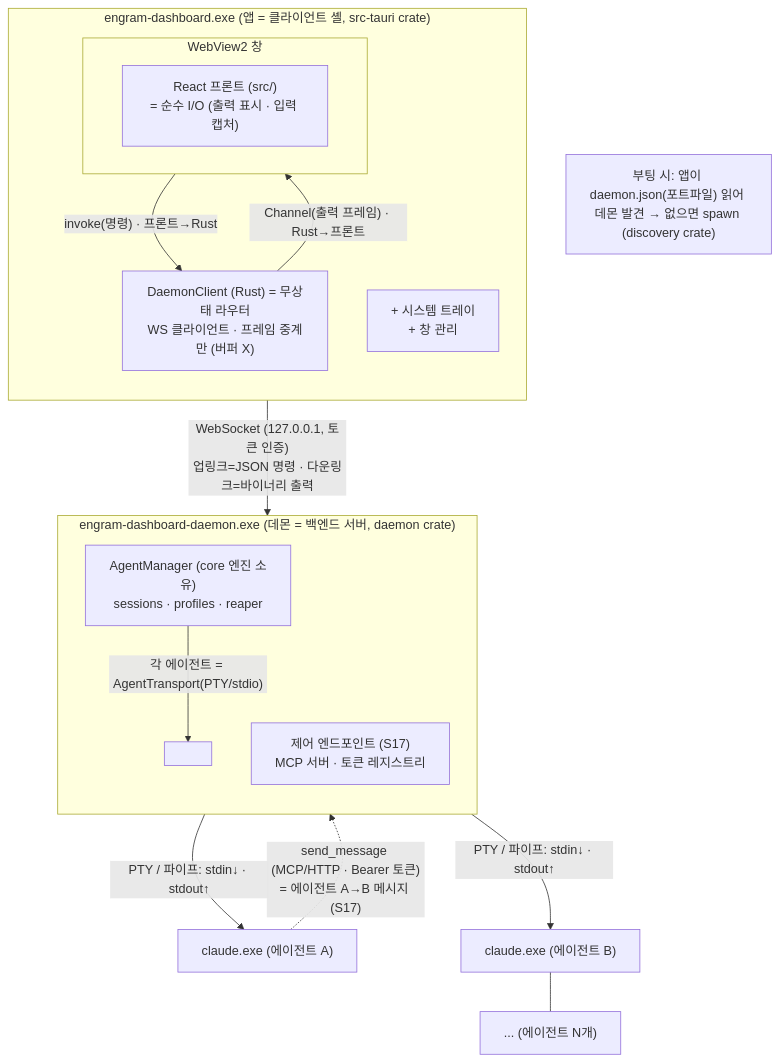
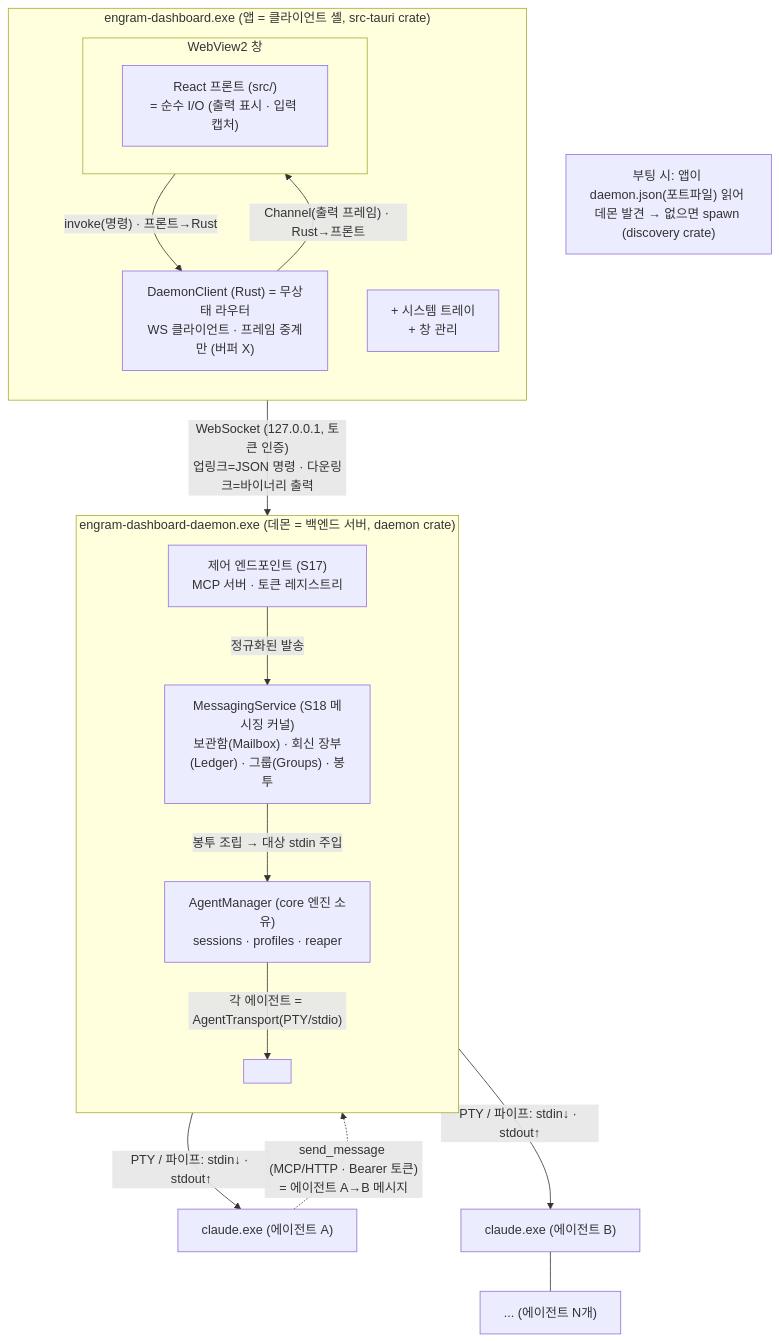
The first of 20 diagrams in docs/reference/architecture-overview.md (kimsunzun/engram-dashboard), drawn with Mermaid before and after one commit. The commit also changed other lines of this file and 1 other file, not shown here.

First line of the commit message:
docs: architecture-overview 메시징(S18) 편입 — 공개 드리프트 해소 (/review doc 2인 취합 19건 반영)

````diff
--- a/docs/reference/architecture-overview.md
+++ b/docs/reference/architecture-overview.md
@@ -38,28 +38,31 @@
 ```mermaid
 flowchart TD
   subgraph APP["engram-dashboard.exe (앱 = 클라이언트 셸, src-tauri crate)"]
     direction TB
     subgraph WV["WebView2 창"]
       WVc["React 프론트 (src/)<br/>= 순수 I/O (출력 표시 · 입력 캡처)"]
     end
     EXTRA["+ 시스템 트레이<br/>+ 창 관리"]
     DC["DaemonClient (Rust) = 무상태 라우터<br/>WS 클라이언트 · 프레임 중계만 (버퍼 X)"]
     WV -->|"invoke(명령) · 프론트→Rust"| DC
     DC -->|"Channel(출력 프레임) · Rust→프론트"| WV
   end
 
   subgraph DAEMON["engram-dashboard-daemon.exe (데몬 = 백엔드 서버, daemon crate)"]
     direction TB
     AM["AgentManager (core 엔진 소유)<br/>sessions · profiles · reaper"]
     CTL["제어 엔드포인트 (S17)<br/>MCP 서버 · 토큰 레지스트리"]
+    MSGK["MessagingService (S18 메시징 커널)<br/>보관함(Mailbox) · 회신 장부(Ledger) · 그룹(Groups) · 봉투"]
+    CTL -->|"정규화된 발송"| MSGK
+    MSGK -->|"봉투 조립 → 대상 stdin 주입"| AM
     AM -->|"각 에이전트 = AgentTransport(PTY/stdio)"| TR[" "]
   end
 
   DC -->|"WebSocket (127.0.0.1, 토큰 인증)<br/>업링크=JSON 명령 · 다운링크=바이너리 출력"| AM
   DAEMON -->|"PTY / 파이프: stdin↓ · stdout↑"| A1["claude.exe (에이전트 A)"]
   DAEMON -->|"PTY / 파이프: stdin↓ · stdout↑"| A2["claude.exe (에이전트 B)"]
   A2 --- AN["... (에이전트 N개)"]
-  A1 -.->|"send_message (MCP/HTTP · Bearer 토큰)<br/>= 에이전트 A→B 메시지 (S17)"| CTL
+  A1 -.->|"send_message (MCP/HTTP · Bearer 토큰)<br/>= 에이전트 A→B 메시지"| CTL
 
   BOOT["부팅 시: 앱이 daemon.json(포트파일) 읽어 데몬 발견 → 없으면 spawn (discovery crate)"]
 ```
````
